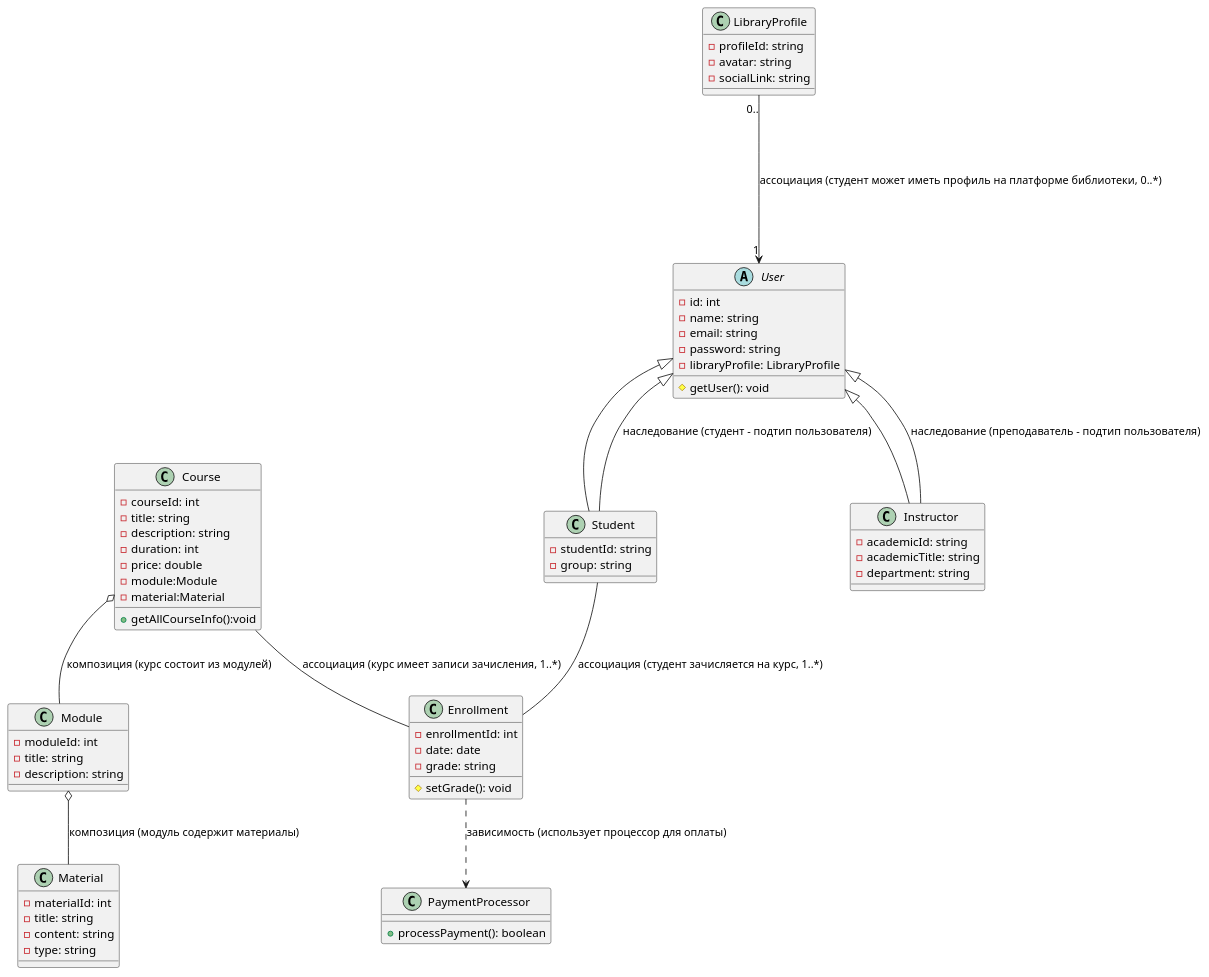
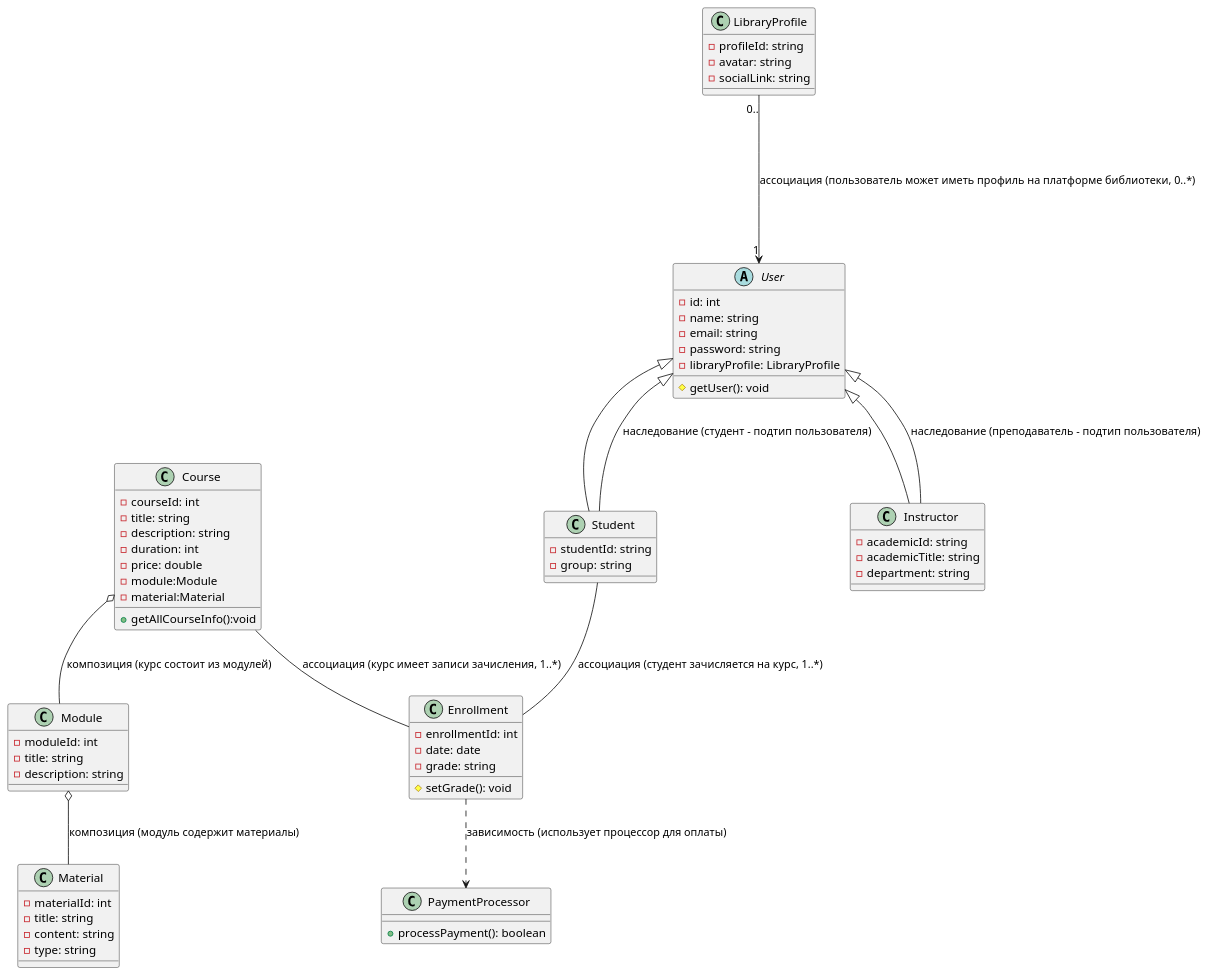
The diagram in task_7_class/task_7_class.puml (SilverRoom/uml-diagrams), drawn with PlantUML before and after one commit.

Commit message:
Добавлено задание 7 версия 3

```diff
--- a/task_7_class/task_7_class.puml
+++ b/task_7_class/task_7_class.puml
@@ -1,71 +1,71 @@
 @startuml
 abstract class User{
     - id: int
     - name: string
     - email: string
     - password: string
     - libraryProfile: LibraryProfile
     # getUser(): void
 }
 
 class Student extends User {
     - studentId: string
     - group: string
 }
 
 class LibraryProfile{
     - profileId: string
     - avatar: string
     - socialLink: string
 }
 
 class Instructor extends User {
     - academicId: string
     - academicTitle: string
     - department: string
 
 }
 
 class Course {
     - courseId: int
     - title: string
     - description: string
     - duration: int
     - price: double
     - module:Module
     - material:Material
     + getAllCourseInfo():void
 }
 
 class Module {
     - moduleId: int
     - title: string
     - description: string
 }
 
 class Material {
     - materialId: int
     - title: string
     - content: string
     - type: string
 }
 
 class Enrollment {
     - enrollmentId: int
     - date: date
     - grade: string
     # setGrade(): void
 }
 
 class PaymentProcessor {
     + processPayment(): boolean
 }
-LibraryProfile "0.." ----> "1"  User :ассоциация (студент может иметь профиль на платформе библиотеки, 0..*)
+LibraryProfile "0.." ----> "1"  User :ассоциация (пользователь может иметь профиль на платформе библиотеки, 0..*)
 User <|-- Student : наследование (студент - подтип пользователя)
 User <|-- Instructor : наследование (преподаватель - подтип пользователя)
 Course o-- Module : композиция (курс состоит из модулей)
 Module o-- Material : композиция (модуль содержит материалы)
 Student -- Enrollment : ассоциация (студент зачисляется на курс, 1..*)
 Course -- Enrollment : ассоциация (курс имеет записи зачисления, 1..*)
 Enrollment ..> PaymentProcessor : зависимость (использует процессор для оплаты)
 @enduml
```
